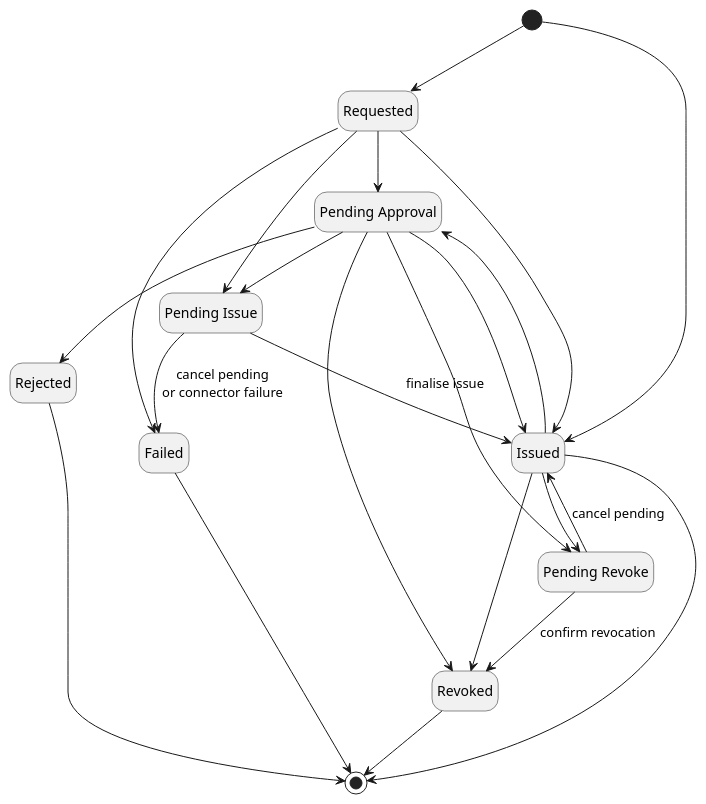
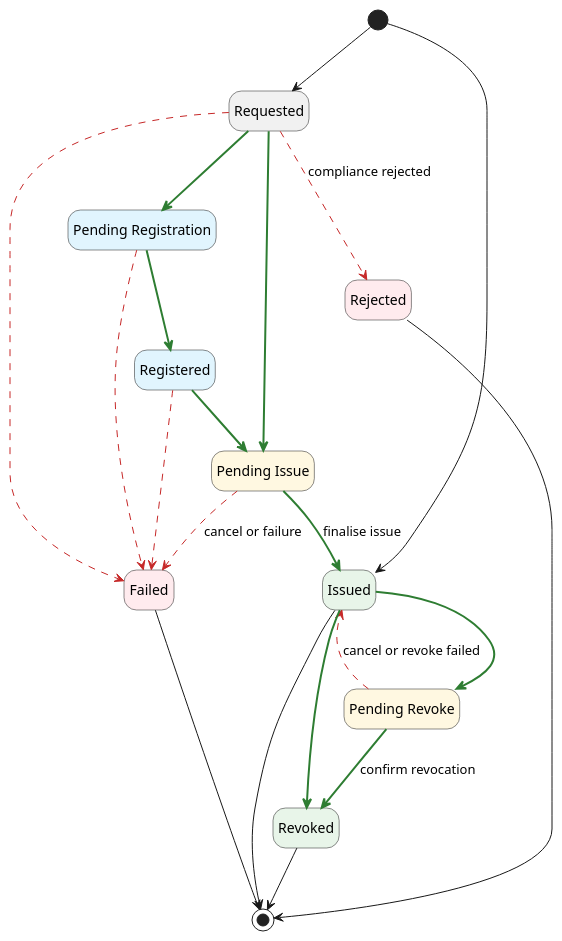
The first of 6 diagrams in docs/certificate-key/concept-design/core-components/certificate.md (CZERTAINLY/CZERTAINLY-Documentation), drawn with PlantUML before and after one commit. The commit also changed other lines of this file and 10 other files, not shown here.

````diff
--- a/docs/certificate-key/concept-design/core-components/certificate.md
+++ b/docs/certificate-key/concept-design/core-components/certificate.md
@@ -47,32 +51,40 @@
 ```plantuml
 @startuml
 hide empty description
 
-state "Pending Approval" as PendingApproval
-state "Pending Issue" as PendingIssue
-state "Pending Revoke" as PendingRevoke
+state "Pending Registration" as PendingRegistration #E1F5FE
+state "Registered" as Registered #E1F5FE
+state "Pending Issue" as PendingIssue #FFF8E1
+state "Pending Revoke" as PendingRevoke #FFF8E1
+state "Issued" as Issued #E8F5E9
+state "Revoked" as Revoked #E8F5E9
+state "Failed" as Failed #FFEBEE
+state "Rejected" as Rejected #FFEBEE
 
-  [*] --> Requested
-  [*] --> Issued
-  Requested --> Failed
-  Requested --> PendingApproval
-  Requested --> PendingIssue
-  Requested --> Issued
-  PendingApproval --> Rejected
-  PendingApproval --> PendingIssue
-  PendingApproval --> PendingRevoke
-  PendingApproval --> Issued
-  PendingApproval --> Revoked
-  PendingIssue --> Issued : finalise issue
-  PendingIssue --> Failed : cancel pending\nor connector failure
-  PendingRevoke --> Revoked : confirm revocation
-  PendingRevoke --> Issued : cancel pending
-  Issued --> PendingApproval
-  Issued --> PendingRevoke
-  Issued --> Revoked
-  Rejected --> [*]
-  Failed --> [*]
-  Issued --> [*]
-  Revoked --> [*]
+[*] --> Requested
+[*] --> Issued
+
+' forward progress
+Requested -[#2E7D32,bold]-> PendingIssue
+PendingIssue -[#2E7D32,bold]-> Issued : finalise issue
+Requested -[#2E7D32,bold]-> PendingRegistration
+PendingRegistration -[#2E7D32,bold]-> Registered
+Registered -[#2E7D32,bold]-> PendingIssue
+Issued -[#2E7D32,bold]-> PendingRevoke
+PendingRevoke -[#2E7D32,bold]-> Revoked : confirm revocation
+Issued -[#2E7D32,bold]-> Revoked
+
+' failure / rejection / restore
+Requested -[#C62828,dashed]-> Failed
+Requested -[#C62828,dashed]-> Rejected : compliance rejected
+PendingIssue -[#C62828,dashed]-> Failed : cancel or failure
+PendingRegistration -[#C62828,dashed]-> Failed
+Registered -[#C62828,dashed]-> Failed
+PendingRevoke -[#C62828,dashed]-> Issued : cancel or revoke failed
+
+Rejected --> [*]
+Failed --> [*]
+Issued --> [*]
+Revoked --> [*]
 @enduml
 ```
````
